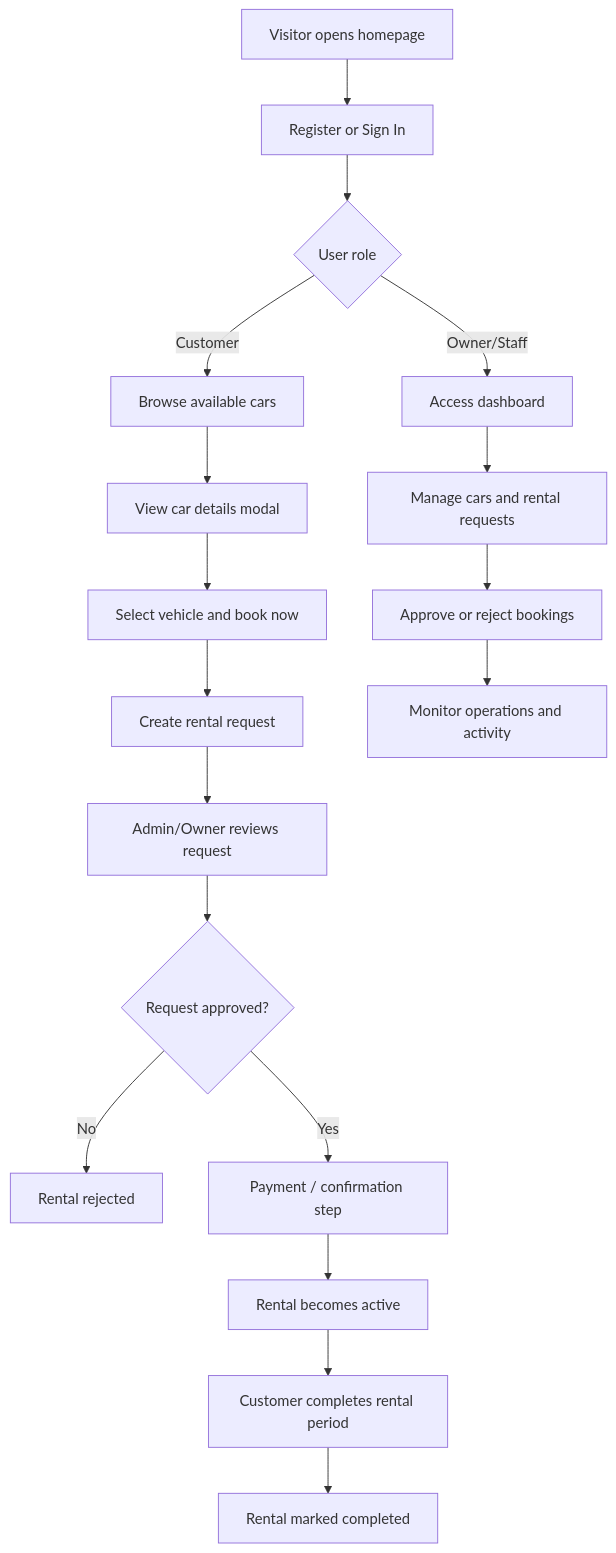
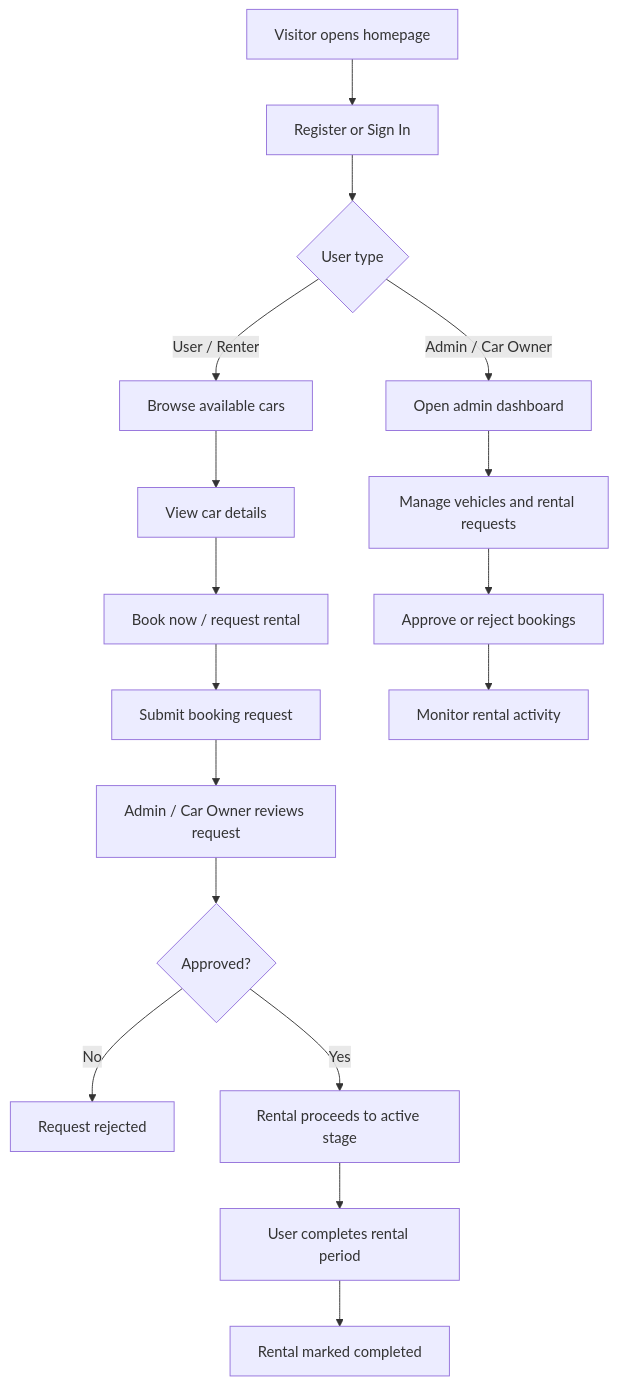
The diagram in README.md (YoursTrulyInarius/Car_Rental), drawn with Mermaid before and after one commit. The commit also changed other lines of this file, not shown here.

Commit message:
Correct README roles

````diff
--- a/README.md
+++ b/README.md
@@ -43,23 +42,22 @@
 ```mermaid
 flowchart TD
     A[Visitor opens homepage] --> B[Register or Sign In]
-    B --> C{User role}
+    B --> C{User type}
 
-    C -->|Customer| D[Browse available cars]
-    D --> E[View car details modal]
-    E --> F[Select vehicle and book now]
-    F --> G[Create rental request]
-    G --> H[Admin/Owner reviews request]
+    C -->|User / Renter| D[Browse available cars]
+    D --> E[View car details]
+    E --> F[Book now / request rental]
+    F --> G[Submit booking request]
+    G --> H[Admin / Car Owner reviews request]
 
-    H --> I{Request approved?}
-    I -->|No| J[Rental rejected]
-    I -->|Yes| K[Payment / confirmation step]
-    K --> L[Rental becomes active]
-    L --> M[Customer completes rental period]
-    M --> N[Rental marked completed]
+    H --> I{Approved?}
+    I -->|No| J[Request rejected]
+    I -->|Yes| K[Rental proceeds to active stage]
+    K --> L[User completes rental period]
+    L --> M[Rental marked completed]
 
-    C -->|Owner/Staff| O[Access dashboard]
-    O --> P[Manage cars and rental requests]
-    P --> Q[Approve or reject bookings]
-    Q --> R[Monitor operations and activity]
+    C -->|Admin / Car Owner| N[Open admin dashboard]
+    N --> O[Manage vehicles and rental requests]
+    O --> P[Approve or reject bookings]
+    P --> Q[Monitor rental activity]
 ```
````
